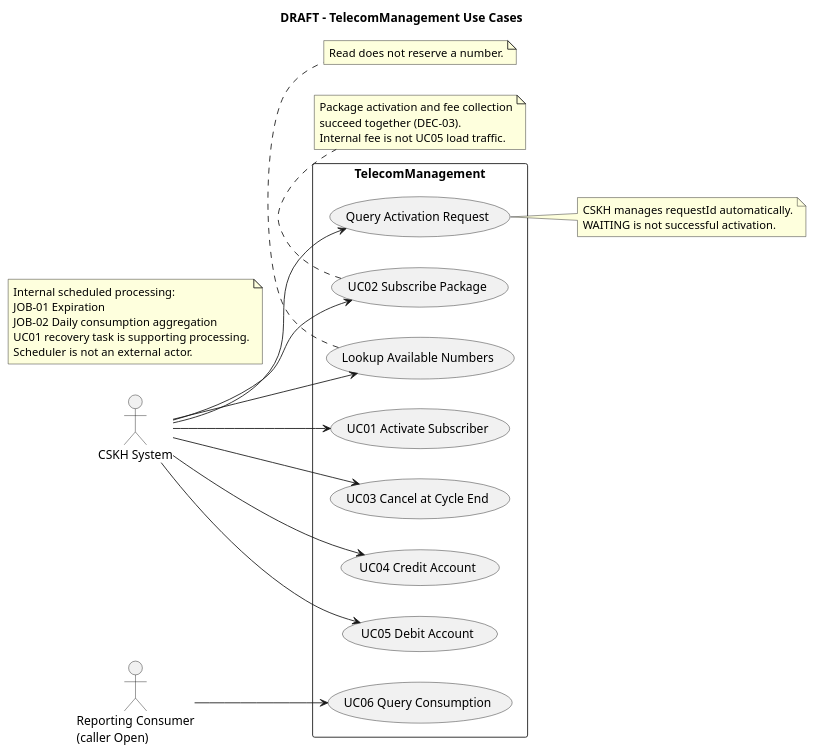
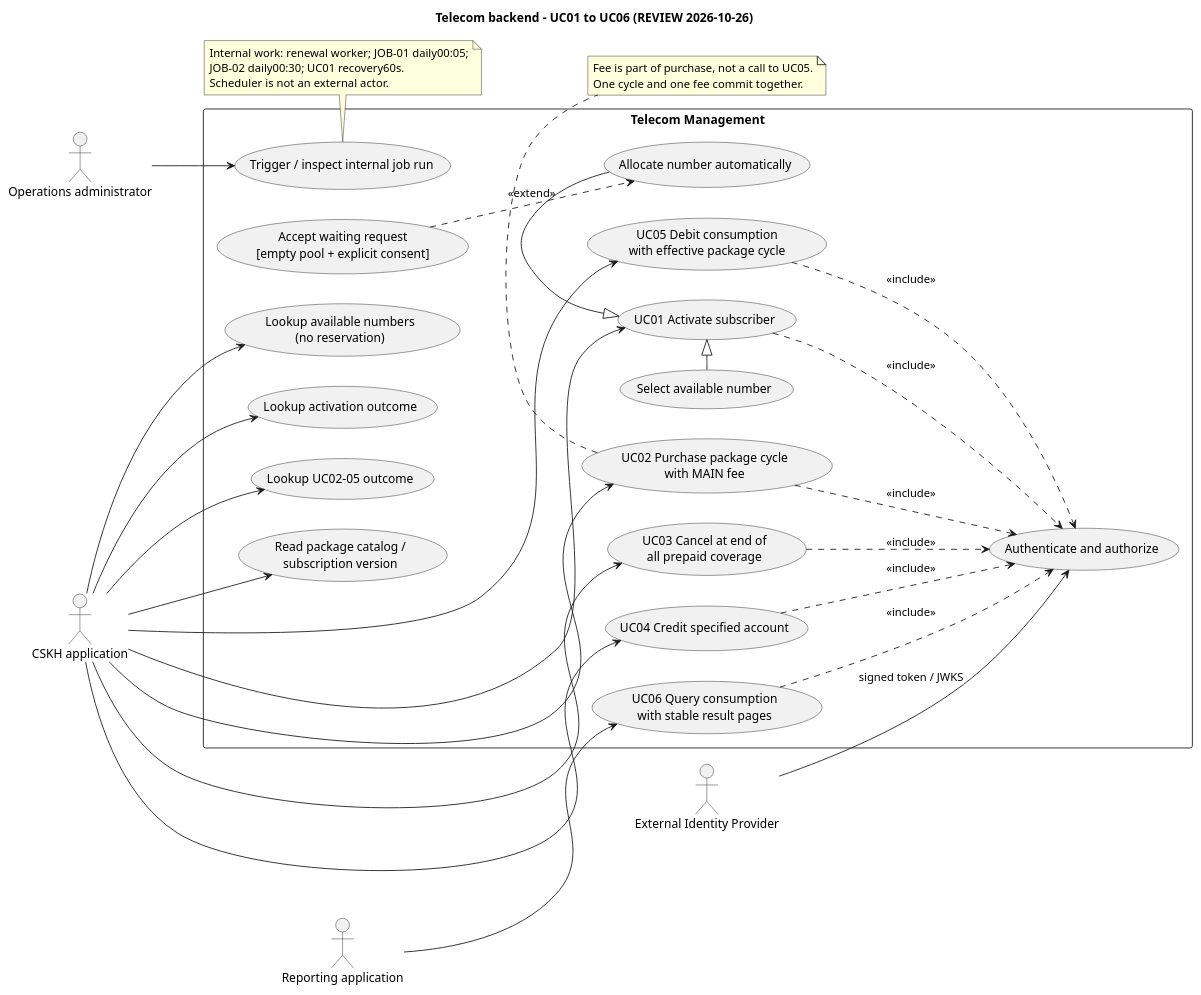
The diagram in docs/02-analysis/use-case-diagram.puml (Sagitoaz/Telecom-Management-System), drawn with PlantUML before and after one commit. The commit also changed 122 other files, not shown here.

```diff
--- a/docs/02-analysis/use-case-diagram.puml
+++ b/docs/02-analysis/use-case-diagram.puml
@@ -1,37 +1,55 @@
 @startuml
+title Telecom backend - UC01 to UC06 (REVIEW 2026-10-26)
 left to right direction
-title DRAFT - TelecomManagement Use Cases
-actor "CSKH System" as CSKH
-actor "Reporting Consumer\n(caller Open)" as Reporter
-rectangle TelecomManagement {
-  usecase "UC01 Activate Subscriber" as U1
-  usecase "UC02 Subscribe Package" as U2
-  usecase "UC03 Cancel at Cycle End" as U3
-  usecase "UC04 Credit Account" as U4
-  usecase "UC05 Debit Account" as U5
-  usecase "UC06 Query Consumption" as U6
-  usecase "Lookup Available Numbers" as Lookup
-  usecase "Query Activation Request" as Status
+actor "CSKH application" as Care
+actor "Reporting application" as Reporter
+actor "Operations administrator" as Admin
+actor "External Identity Provider" as IdP
+rectangle "Telecom Management" {
+  usecase "UC01 Activate subscriber" as UC01
+  usecase "Select available number" as Select
+  usecase "Allocate number automatically" as Auto
+  usecase "Accept waiting request\n[empty pool + explicit consent]" as Wait
+  usecase "UC02 Purchase package cycle\nwith MAIN fee" as UC02
+  usecase "UC03 Cancel at end of\nall prepaid coverage" as UC03
+  usecase "UC04 Credit specified account" as UC04
+  usecase "UC05 Debit consumption\nwith effective package cycle" as UC05
+  usecase "UC06 Query consumption\nwith stable result pages" as UC06
+  usecase "Lookup available numbers\n(no reservation)" as Lookup
+  usecase "Lookup activation outcome" as ActStatus
+  usecase "Lookup UC02-05 outcome" as OpStatus
+  usecase "Read package catalog /\nsubscription version" as Read
+  usecase "Authenticate and authorize" as Auth
+  usecase "Trigger / inspect internal job run" as JobAdmin
 }
-CSKH --> U1
-CSKH --> U2
-CSKH --> U3
-CSKH --> U4
-CSKH --> U5
-CSKH --> Lookup
-CSKH --> Status
-Reporter --> U6
-note bottom of U2
-  Package activation and fee collection
-  succeed together (DEC-03).
-  Internal fee is not UC05 load traffic.
+Care --> UC01
+Care --> UC02
+Care --> UC03
+Care --> UC04
+Care --> UC05
+Care --> Lookup
+Care --> ActStatus
+Care --> OpStatus
+Care --> Read
+Reporter --> UC06
+Admin --> JobAdmin
+IdP --> Auth : signed token / JWKS
+Select -|> UC01
+Auto -|> UC01
+Wait ..> Auto : <<extend>>
+UC01 ..> Auth : <<include>>
+UC02 ..> Auth : <<include>>
+UC03 ..> Auth : <<include>>
+UC04 ..> Auth : <<include>>
+UC05 ..> Auth : <<include>>
+UC06 ..> Auth : <<include>>
+note bottom of UC02
+  Fee is part of purchase, not a call to UC05.
+  One cycle and one fee commit together.
 end note
-note bottom of Lookup
-  Read does not reserve a number.
+note bottom of JobAdmin
+  Internal work: renewal worker; JOB-01 daily00:05;
+  JOB-02 daily00:30; UC01 recovery60s.
+  Scheduler is not an external actor.
 end note
-note right of Status
-  CSKH manages requestId automatically.
-  WAITING is not successful activation.
-end note
-note "Internal scheduled processing:\nJOB-01 Expiration\nJOB-02 Daily consumption aggregation\nUC01 recovery task is supporting processing.\nScheduler is not an external actor." as Jobs
 @enduml
```
